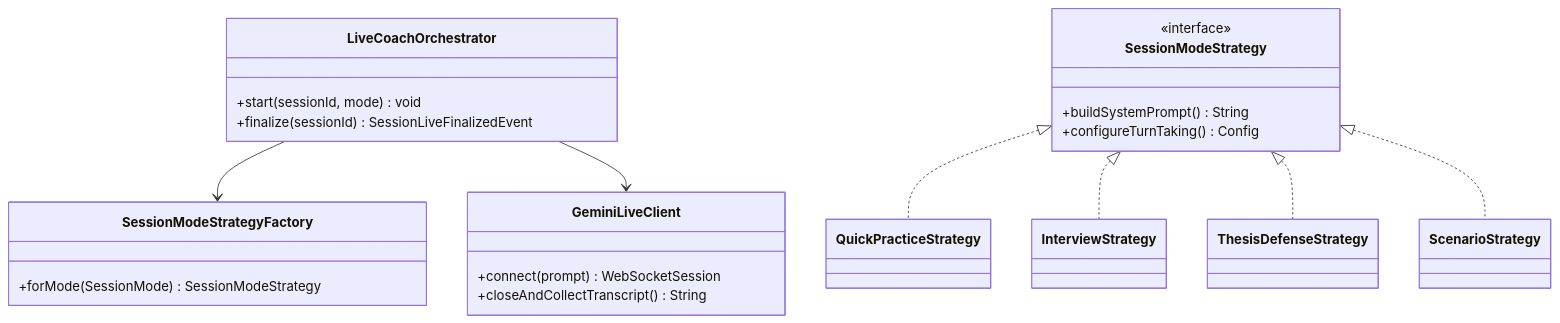
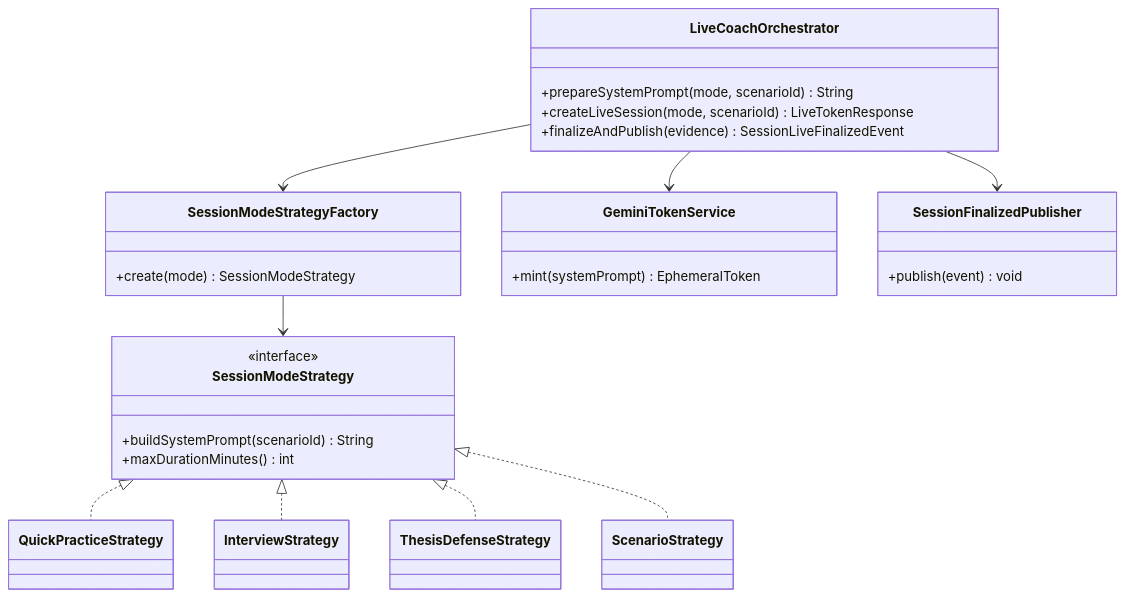
The diagram in assets/diagrams/tactical/01-live-coaching-classes.mmd (upc-pre-202620-si728-16365-thropic/talki-project-report), drawn with Mermaid before and after one commit. The commit also changed 23 other files, not shown here.

```diff
--- a/assets/diagrams/tactical/01-live-coaching-classes.mmd
+++ b/assets/diagrams/tactical/01-live-coaching-classes.mmd
@@ -1,27 +1,32 @@
 classDiagram
     class LiveCoachOrchestrator {
-        +start(sessionId, mode) void
-        +finalize(sessionId) SessionLiveFinalizedEvent
+        +prepareSystemPrompt(mode, scenarioId) String
+        +createLiveSession(mode, scenarioId) LiveTokenResponse
+        +finalizeAndPublish(evidence) SessionLiveFinalizedEvent
     }
     class SessionModeStrategyFactory {
-        +forMode(SessionMode) SessionModeStrategy
+        +create(mode) SessionModeStrategy
     }
     class SessionModeStrategy {
         <<interface>>
-        +buildSystemPrompt() String
-        +configureTurnTaking() Config
+        +buildSystemPrompt(scenarioId) String
+        +maxDurationMinutes() int
     }
     class QuickPracticeStrategy
     class InterviewStrategy
     class ThesisDefenseStrategy
     class ScenarioStrategy
-    class GeminiLiveClient {
-        +connect(prompt) WebSocketSession
-        +closeAndCollectTranscript() String
+    class GeminiTokenService {
+        +mint(systemPrompt) EphemeralToken
+    }
+    class SessionFinalizedPublisher {
+        +publish(event) void
     }
     SessionModeStrategy <|.. QuickPracticeStrategy
     SessionModeStrategy <|.. InterviewStrategy
     SessionModeStrategy <|.. ThesisDefenseStrategy
     SessionModeStrategy <|.. ScenarioStrategy
     LiveCoachOrchestrator --> SessionModeStrategyFactory
-    LiveCoachOrchestrator --> GeminiLiveClient
+    SessionModeStrategyFactory --> SessionModeStrategy
+    LiveCoachOrchestrator --> GeminiTokenService
+    LiveCoachOrchestrator --> SessionFinalizedPublisher
```
